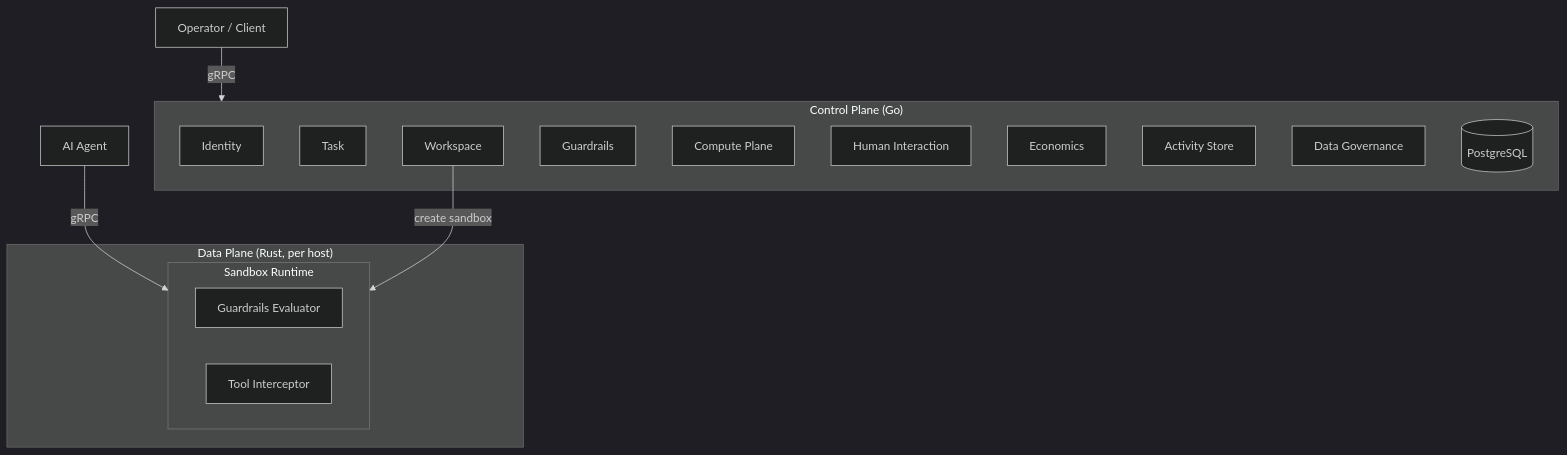
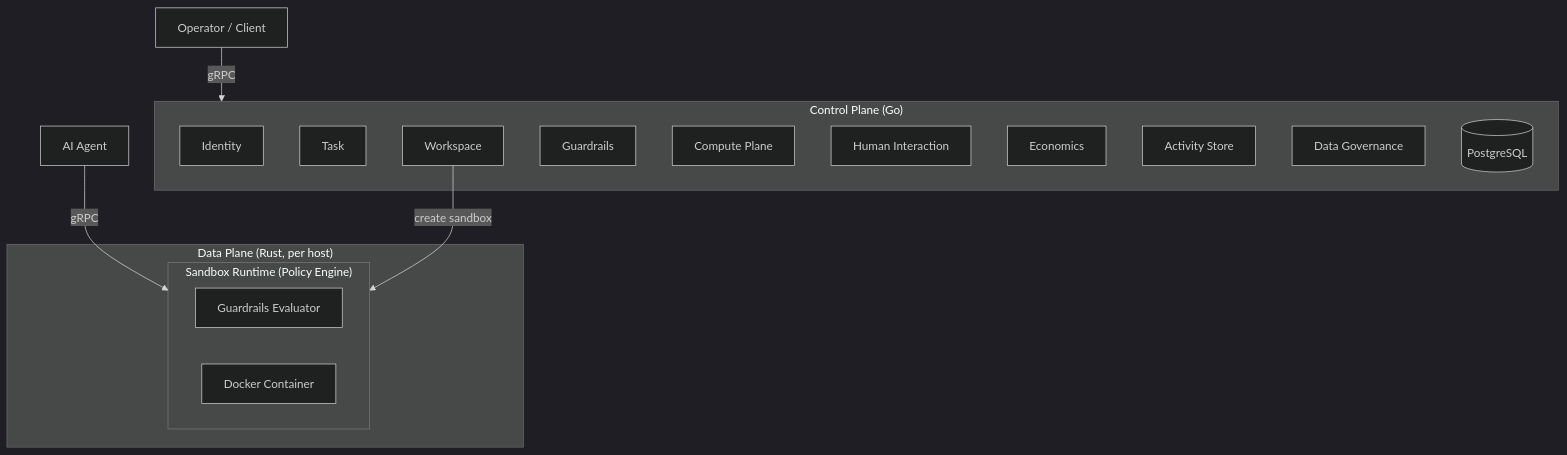
One commit to Baselyne-Systems/agent-sandbox-platform changed the first of 4 diagrams in README.md. Above: the diagram before and after it, drawn with Mermaid (dark theme). The commit also changed other lines of this file and 30 other files, not shown here.

````diff
--- a/README.md
+++ b/README.md
@@ -18,29 +20,29 @@
 ```mermaid
 graph TB
     Operator["Operator / Client"]
     Agent["AI Agent"]
 
     subgraph CP["Control Plane (Go)"]
         Identity["Identity"]
         Task["Task"]
         Workspace["Workspace"]
         Guardrails["Guardrails"]
         Compute["Compute Plane"]
         Human["Human Interaction"]
         Economics["Economics"]
         Activity["Activity Store"]
         Governance["Data Governance"]
         PG[("PostgreSQL")]
     end
 
     subgraph DP["Data Plane (Rust, per host)"]
-        subgraph Sandbox["Sandbox Runtime"]
+        subgraph Sandbox["Sandbox Runtime (Policy Engine)"]
             Evaluator["Guardrails Evaluator"]
-            Interceptor["Tool Interceptor"]
+            Container["Docker Container"]
         end
     end
 
     Operator -->|gRPC| CP
     Agent -->|gRPC| Sandbox
     Workspace -->|"create sandbox"| Sandbox
 ```
````
